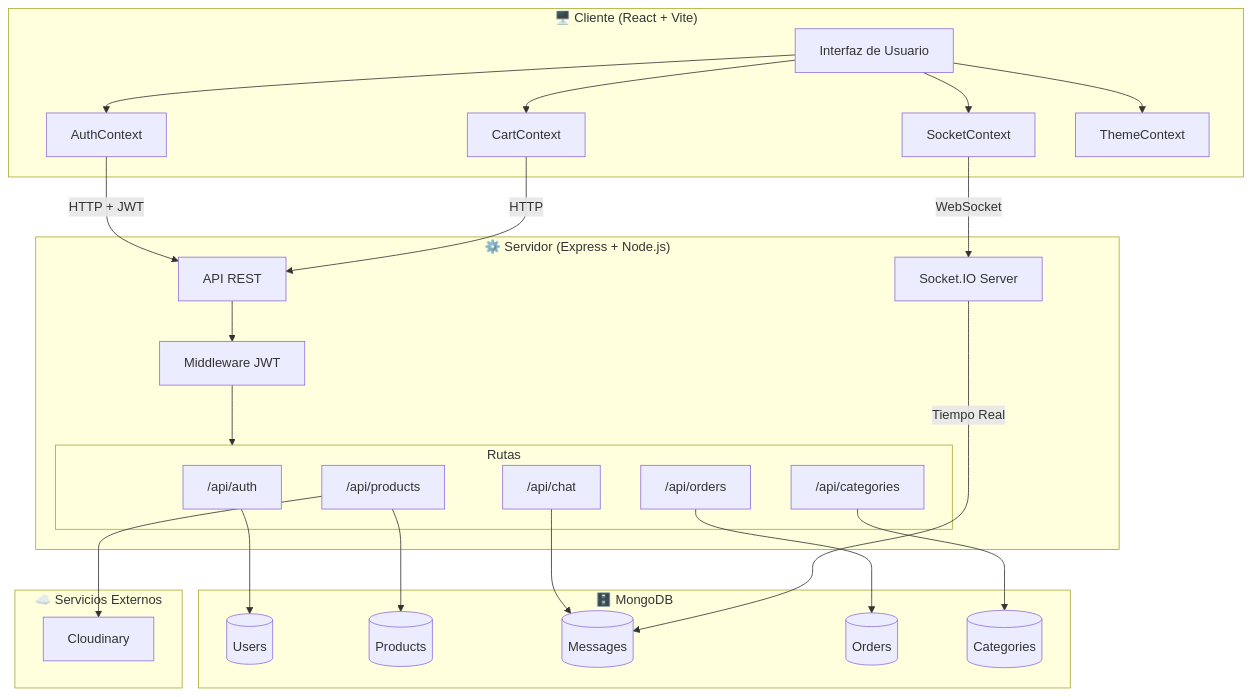
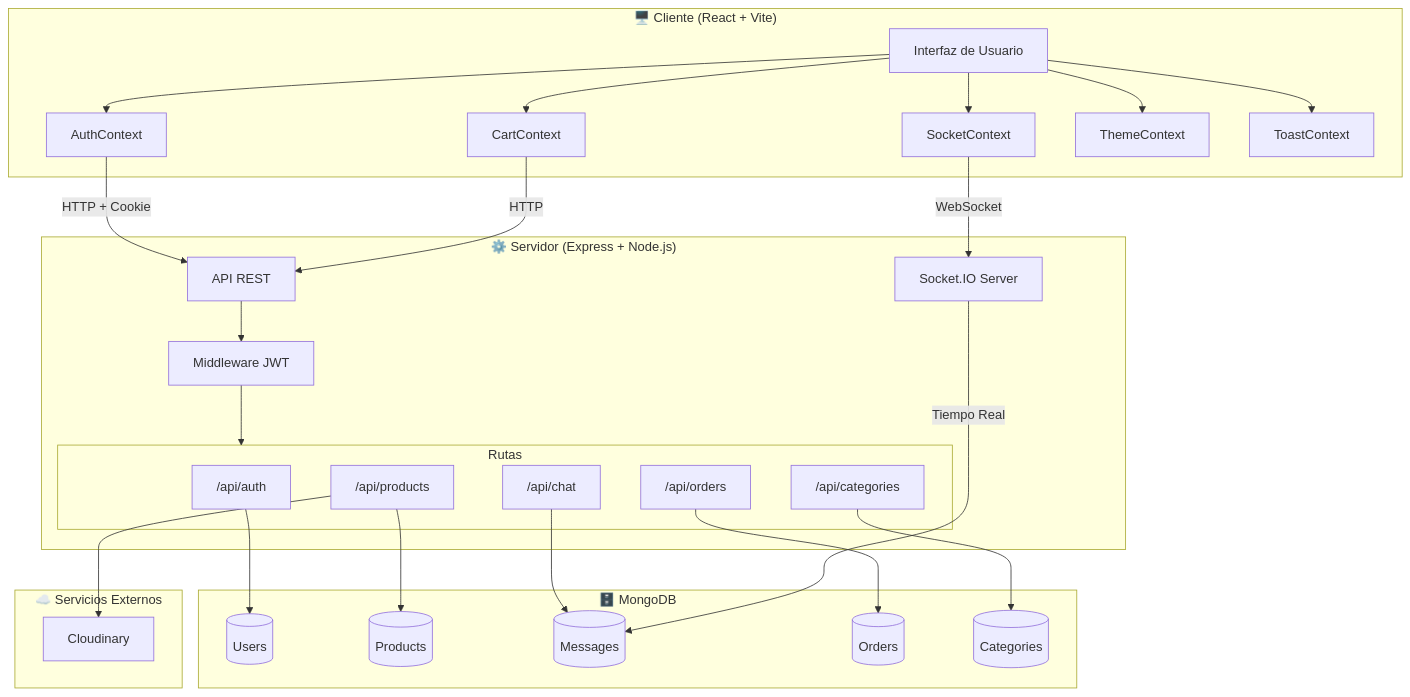
One commit to lostal/creative-hands changed the diagram in README.md. Above: the diagram before and after it, drawn with Mermaid. The commit also changed other lines of this file, not shown here.

````diff
--- a/README.md
+++ b/README.md
@@ -25,57 +25,59 @@
 ```mermaid
 flowchart TB
     subgraph Cliente["🖥️ Cliente (React + Vite)"]
         UI[Interfaz de Usuario]
         Auth[AuthContext]
         Cart[CartContext]
         Socket[SocketContext]
         Theme[ThemeContext]
+        Toast[ToastContext]
     end
 
     subgraph Servidor["⚙️ Servidor (Express + Node.js)"]
         API[API REST]
         SocketIO[Socket.IO Server]
         MW[Middleware JWT]
 
         subgraph Rutas
             AuthR["/api/auth"]
             ProdR["/api/products"]
             CatR["/api/categories"]
             ChatR["/api/chat"]
             OrdR["/api/orders"]
         end
     end
 
     subgraph BD["🗄️ MongoDB"]
         Users[(Users)]
         Products[(Products)]
         Messages[(Messages)]
         Orders[(Orders)]
         Categories[(Categories)]
     end
 
     subgraph Externos["☁️ Servicios Externos"]
         Cloud[Cloudinary]
     end
 
     UI --> Auth
     UI --> Cart
     UI --> Socket
     UI --> Theme
+    UI --> Toast
 
-    Auth -->|HTTP + JWT| API
+    Auth -->|HTTP + Cookie| API
     Cart -->|HTTP| API
     Socket -->|WebSocket| SocketIO
 
     API --> MW
     MW --> Rutas
 
     AuthR --> Users
     ProdR --> Products
     ProdR --> Cloud
     ChatR --> Messages
     OrdR --> Orders
     CatR --> Categories
 
     SocketIO -->|Tiempo Real| Messages
 ```
````
